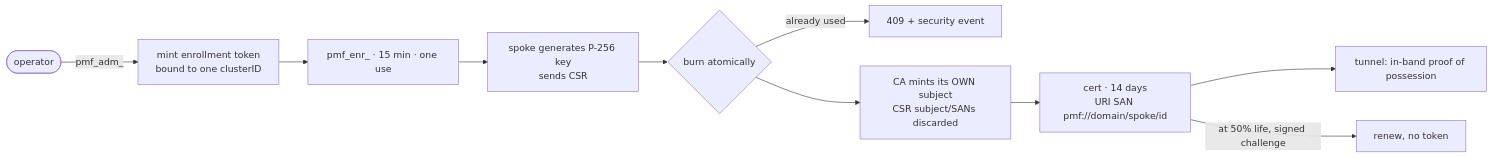
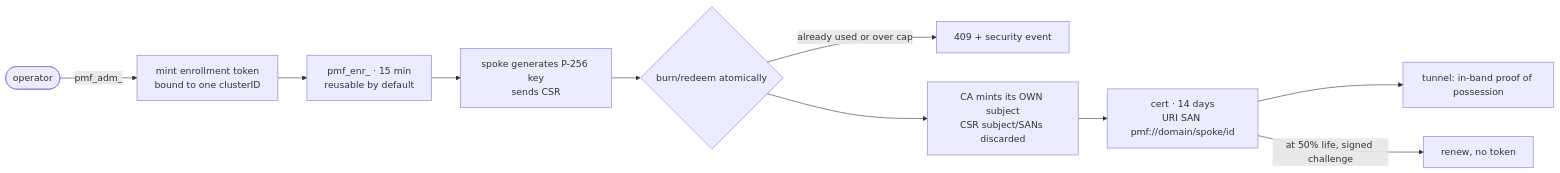
Before and after one commit to jacoknapp/prometheus-mcp-fleet: the fourth of 4 diagrams in docs/architecture.md, drawn with Mermaid. The commit also changed other lines of this file and 24 other files, not shown here.

````diff
--- a/docs/architecture.md
+++ b/docs/architecture.md
@@ -282,12 +309,12 @@
 ```mermaid
 flowchart LR
     OP(["operator"]) -->|"pmf_adm_"| MINT["mint enrollment token<br/>bound to one clusterID"]
-    MINT --> TOK["pmf_enr_ · 15 min · one use"]
+    MINT --> TOK["pmf_enr_ · 15 min<br/>reusable by default"]
     TOK --> SPOKE["spoke generates P-256 key<br/>sends CSR"]
-    SPOKE --> BURN{"burn atomically"}
-    BURN -->|already used| SEC["409 + security event"]
+    SPOKE --> BURN{"burn/redeem atomically"}
+    BURN -->|already used or over cap| SEC["409 + security event"]
     BURN --> ISSUE["CA mints its OWN subject<br/>CSR subject/SANs discarded"]
     ISSUE --> CERT["cert · 14 days<br/>URI SAN pmf://domain/spoke/id"]
     CERT --> TUN["tunnel: in-band proof of possession"]
     CERT -->|"at 50% life, signed challenge"| RENEW["renew, no token"]
 ```
````
